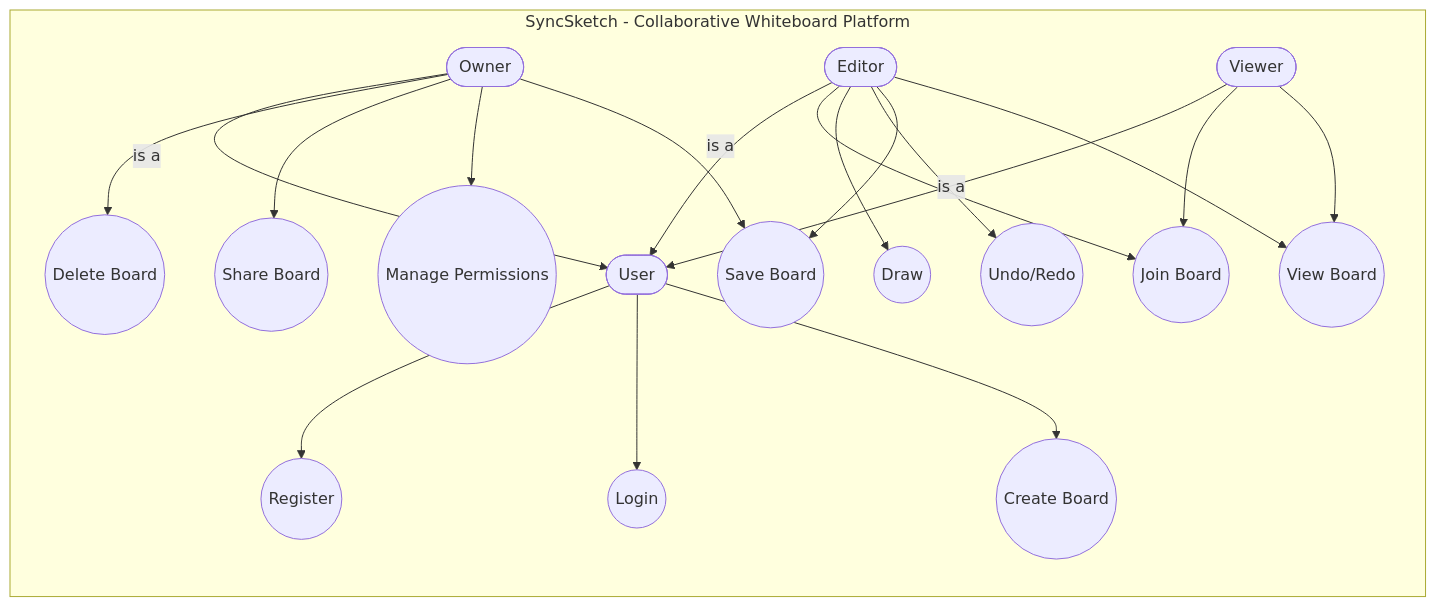
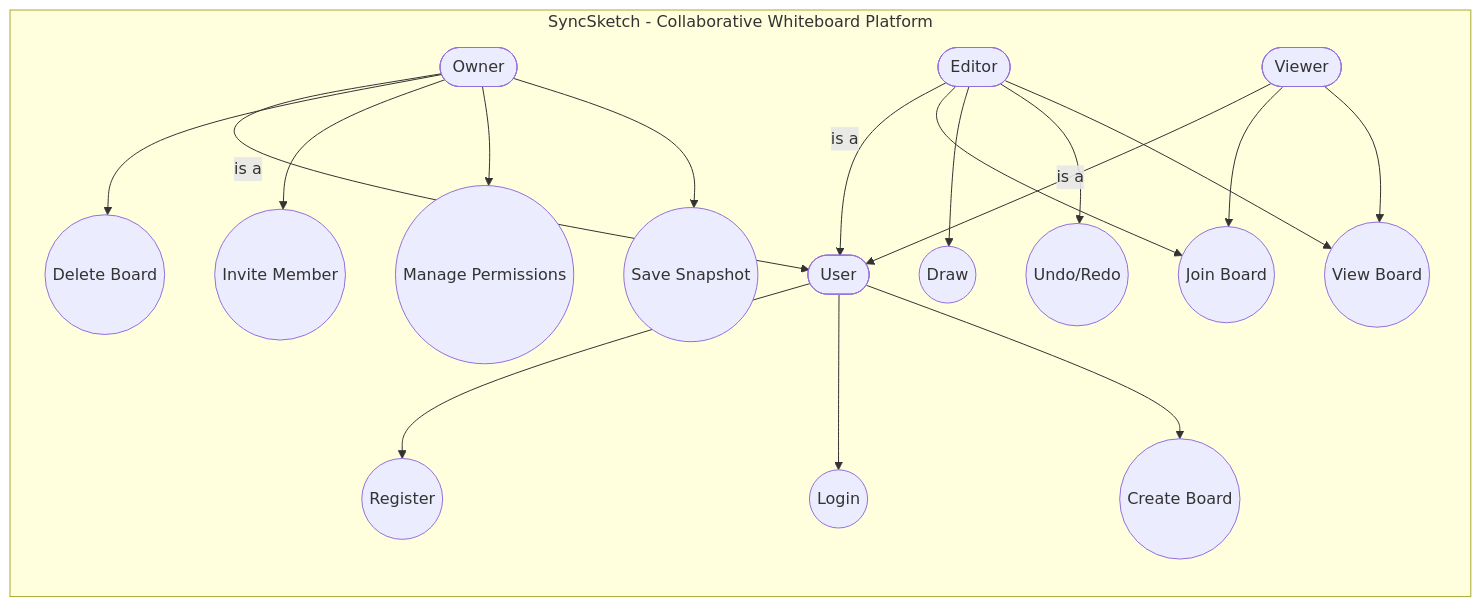
Before and after one commit to Divyapahuja31/SESD_Project: the diagram in docs/useCaseDiagram.md, drawn with Mermaid. The commit also changed other lines of this file and 5 other files, not shown here.

Commit message:
docs: complete synchronization of all technical diagrams with PostgreSQL Snapshot architecture

````diff
--- a/docs/useCaseDiagram.md
+++ b/docs/useCaseDiagram.md
@@ -8,46 +8,45 @@
 ```mermaid
 flowchart LR
     %% Actors
     User([User])
     Owner([Owner])
     Editor([Editor])
     Viewer([Viewer])
 
     %% Inheritance / Roles
     Owner -->|is a| User
     Editor -->|is a| User
     Viewer -->|is a| User
 
     %% Use Cases
     subgraph SyncSketch - Collaborative Whiteboard Platform
         Register((Register))
         Login((Login))
         CreateBoard((Create Board))
         DeleteBoard((Delete Board))
         JoinBoard((Join Board))
         Draw((Draw))
         UndoRedo((Undo/Redo))
-        ShareBoard((Share Board))
+        InviteMember((Invite Member))
         ManagePerms((Manage Permissions))
-        SaveBoard((Save Board))
+        SaveSnapshot((Save Snapshot))
         ViewBoard((View Board))
         
         User --> Register
         User --> Login
         User --> CreateBoard
     
         Owner --> DeleteBoard
-        Owner --> ShareBoard
+        Owner --> InviteMember
         Owner --> ManagePerms
-        Owner --> SaveBoard
+        Owner --> SaveSnapshot
     
         Editor --> JoinBoard
         Editor --> Draw
         Editor --> UndoRedo
-        Editor --> SaveBoard
         Editor --> ViewBoard
     
         Viewer --> JoinBoard
         Viewer --> ViewBoard
     end
 ```
````
